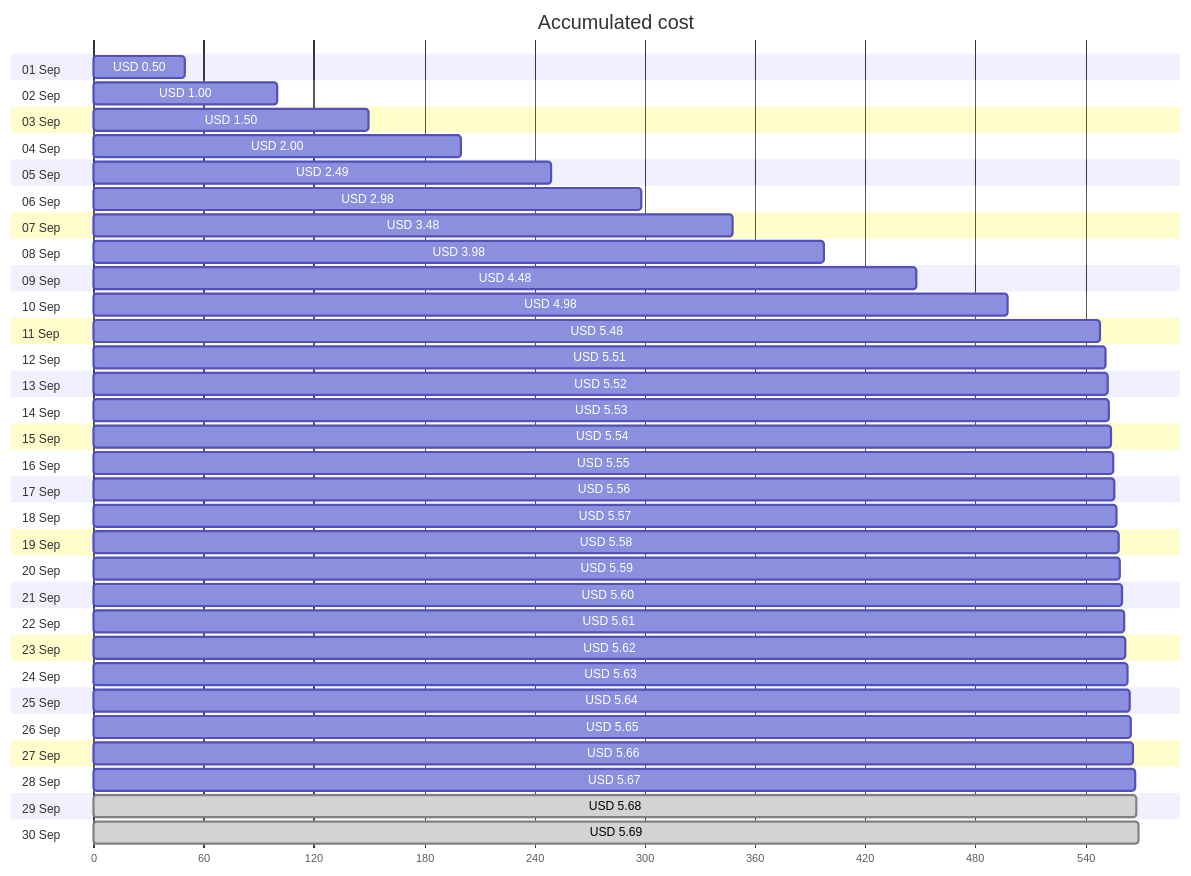
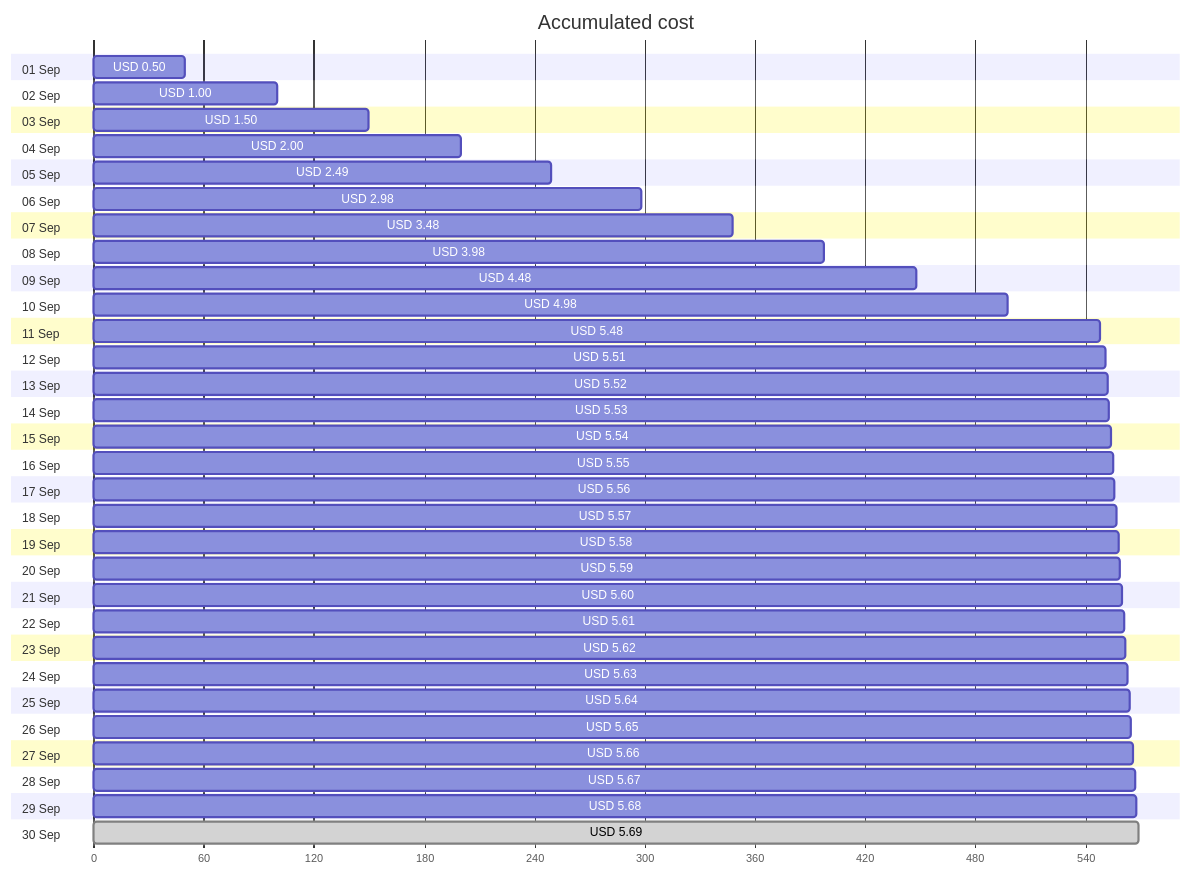
One commit to jpfulton/azure-personal-reports changed the first of 4 diagrams in cost-reports/cloud-shell-storage-eastus/README.md. Above: the diagram before and after it, drawn with Mermaid. The commit also changed other lines of this file and 1 other file, not shown here.

````diff
--- a/cost-reports/cloud-shell-storage-eastus/README.md
+++ b/cost-reports/cloud-shell-storage-eastus/README.md
@@ -20,66 +20,66 @@
 ```mermaid
 gantt
    title Accumulated cost
    dateFormat  X
    axisFormat %s
    section 01 Sep
    USD 0.50 :0, 50
    section 02 Sep
    USD 1.00 :0, 100
    section 03 Sep
    USD 1.50 :0, 150
    section 04 Sep
    USD 2.00 :0, 200
    section 05 Sep
    USD 2.49 :0, 249
    section 06 Sep
    USD 2.98 :0, 298
    section 07 Sep
    USD 3.48 :0, 348
    section 08 Sep
    USD 3.98 :0, 398
    section 09 Sep
    USD 4.48 :0, 448
    section 10 Sep
    USD 4.98 :0, 498
    section 11 Sep
    USD 5.48 :0, 548
    section 12 Sep
    USD 5.51 :0, 551
    section 13 Sep
    USD 5.52 :0, 552
    section 14 Sep
    USD 5.53 :0, 553
    section 15 Sep
    USD 5.54 :0, 554
    section 16 Sep
    USD 5.55 :0, 555
    section 17 Sep
    USD 5.56 :0, 556
    section 18 Sep
    USD 5.57 :0, 557
    section 19 Sep
    USD 5.58 :0, 558
    section 20 Sep
    USD 5.59 :0, 559
    section 21 Sep
    USD 5.60 :0, 560
    section 22 Sep
    USD 5.61 :0, 561
    section 23 Sep
    USD 5.62 :0, 562
    section 24 Sep
    USD 5.63 :0, 563
    section 25 Sep
    USD 5.64 :0, 564
    section 26 Sep
    USD 5.65 :0, 565
    section 27 Sep
    USD 5.66 :0, 566
    section 28 Sep
    USD 5.67 :0, 567
    section 29 Sep
-   USD 5.68 : done, 0, 568
+   USD 5.68 :0, 568
    section 30 Sep
    USD 5.69 : done, 0, 569
 ```
````
